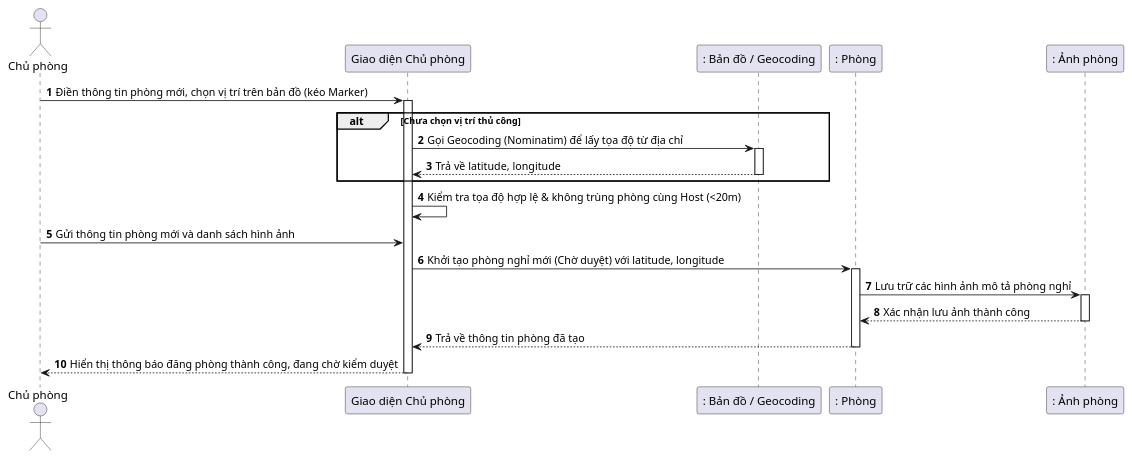
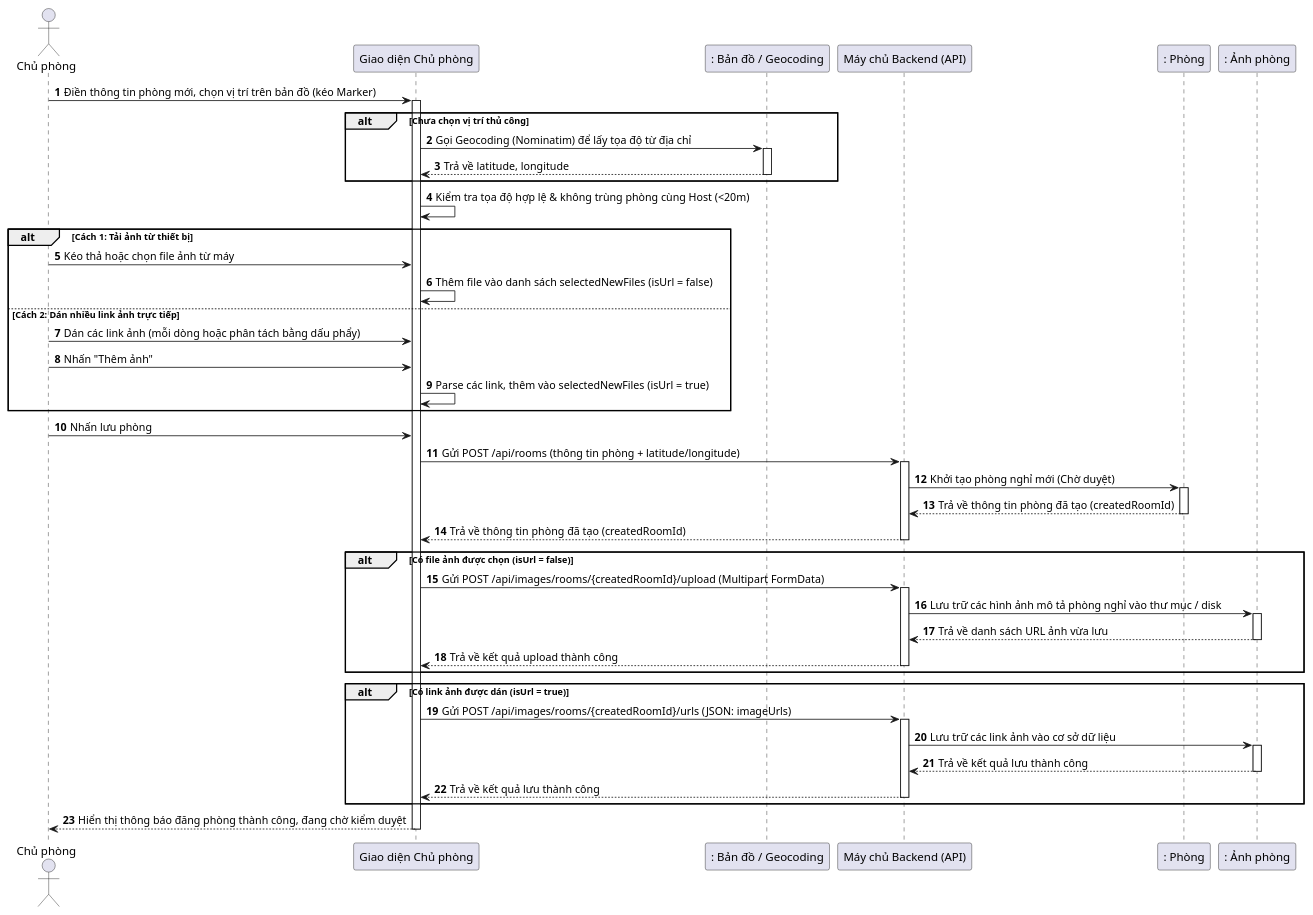
Before and after one commit to kienpham23/BuddingHotelStay-frontend: diagram 17 of 29 in huong_dan_ve_bieu_do.md, drawn with PlantUML. The commit also changed other lines of this file and 3 other files, not shown here.

````diff
--- a/huong_dan_ve_bieu_do.md
+++ b/huong_dan_ve_bieu_do.md
@@ -536,37 +561,67 @@
 ```plantuml
 @startuml
 autonumber
 actor "Chủ phòng" as Host
 participant "Giao diện Chủ phòng" as GUI
 participant ": Bản đồ / Geocoding" as Map
+participant "Máy chủ Backend (API)" as API
 participant ": Phòng" as Room
 participant ": Ảnh phòng" as Image
 
 Host -> GUI : Điền thông tin phòng mới, chọn vị trí trên bản đồ (kéo Marker)
 activate GUI
 
 alt Chưa chọn vị trí thủ công
     GUI -> Map : Gọi Geocoding (Nominatim) để lấy tọa độ từ địa chỉ
     activate Map
     Map --> GUI : Trả về latitude, longitude
     deactivate Map
 end
 
 GUI -> GUI : Kiểm tra tọa độ hợp lệ & không trùng phòng cùng Host (<20m)
 
-Host -> GUI : Gửi thông tin phòng mới và danh sách hình ảnh
-GUI -> Room : Khởi tạo phòng nghỉ mới (Chờ duyệt) với latitude, longitude
+alt Cách 1: Tải ảnh từ thiết bị
+    Host -> GUI : Kéo thả hoặc chọn file ảnh từ máy
+    GUI -> GUI : Thêm file vào danh sách selectedNewFiles (isUrl = false)
+else Cách 2: Dán nhiều link ảnh trực tiếp
+    Host -> GUI : Dán các link ảnh (mỗi dòng hoặc phân tách bằng dấu phẩy)
+    Host -> GUI : Nhấn "Thêm ảnh"
+    GUI -> GUI : Parse các link, thêm vào selectedNewFiles (isUrl = true)
+end
+
+Host -> GUI : Nhấn lưu phòng
+GUI -> API : Gửi POST /api/rooms (thông tin phòng + latitude/longitude)
+activate API
+API -> Room : Khởi tạo phòng nghỉ mới (Chờ duyệt)
 activate Room
+Room --> API : Trả về thông tin phòng đã tạo (createdRoomId)
+deactivate Room
+API --> GUI : Trả về thông tin phòng đã tạo (createdRoomId)
+deactivate API
 
-Room -> Image : Lưu trữ các hình ảnh mô tả phòng nghỉ
-activate Image
-Image --> Room : Xác nhận lưu ảnh thành công
-deactivate Image
+alt Có file ảnh được chọn (isUrl = false)
+    GUI -> API : Gửi POST /api/images/rooms/{createdRoomId}/upload (Multipart FormData)
+    activate API
+    API -> Image : Lưu trữ các hình ảnh mô tả phòng nghỉ vào thư mục / disk
+    activate Image
+    Image --> API : Trả về danh sách URL ảnh vừa lưu
+    deactivate Image
+    API --> GUI : Trả về kết quả upload thành công
+    deactivate API
+end
 
-Room --> GUI : Trả về thông tin phòng đã tạo
-deactivate Room
+alt Có link ảnh được dán (isUrl = true)
+    GUI -> API : Gửi POST /api/images/rooms/{createdRoomId}/urls (JSON: imageUrls)
+    activate API
+    API -> Image : Lưu trữ các link ảnh vào cơ sở dữ liệu
+    activate Image
+    Image --> API : Trả về kết quả lưu thành công
+    deactivate Image
+    API --> GUI : Trả về kết quả lưu thành công
+    deactivate API
+end
 
 GUI --> Host : Hiển thị thông báo đăng phòng thành công, đang chờ kiểm duyệt
 deactivate GUI
 @enduml
 ```
````
